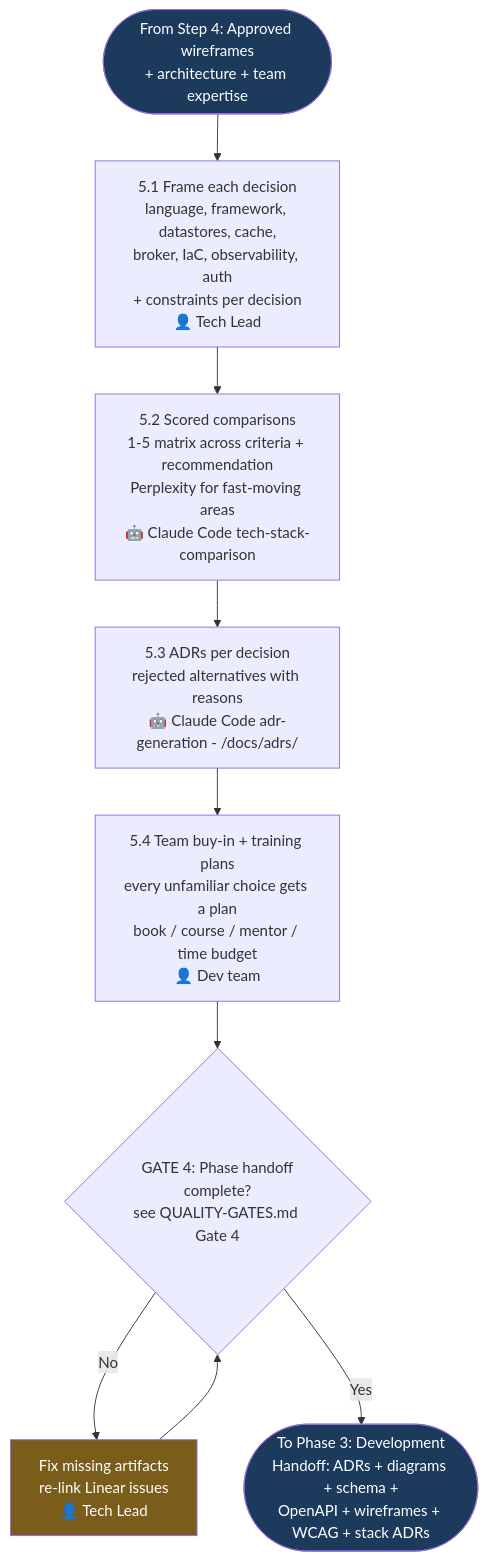
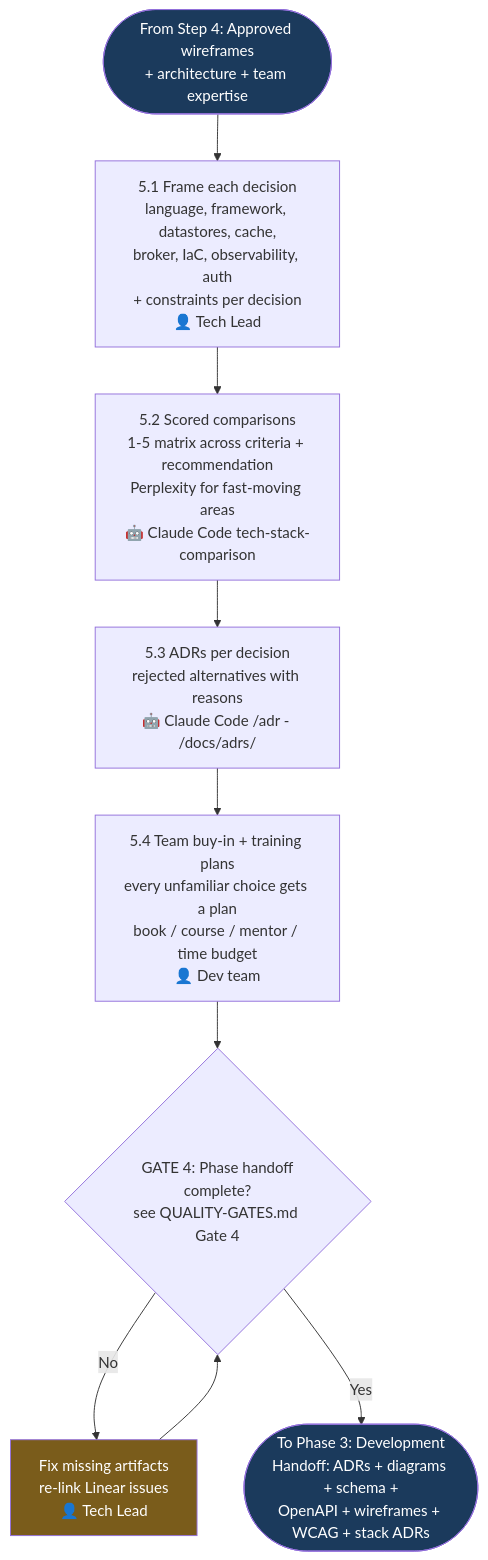
Before and after one commit to kalpat-allion/ai-dlc: the sixth of 6 diagrams in aidlc-phases/02-system-design/FLOWCHART.md, drawn with Mermaid. The commit also changed other lines of this file and 27 other files, not shown here.

First line of the commit message:
feat(phase-2): convert design prompts into seven Claude Code artifacts

````diff
--- a/aidlc-phases/02-system-design/FLOWCHART.md
+++ b/aidlc-phases/02-system-design/FLOWCHART.md
@@ -200,18 +200,18 @@
 ```mermaid
 flowchart TD
     T_IN([From Step 4: Approved wireframes<br/>+ architecture + team expertise]) --> T1
 
     T1[5.1 Frame each decision<br/>language, framework, datastores, cache,<br/>broker, IaC, observability, auth<br/>+ constraints per decision<br/>👤 Tech Lead] --> T2
     T2[5.2 Scored comparisons<br/>1-5 matrix across criteria + recommendation<br/>Perplexity for fast-moving areas<br/>🤖 Claude Code tech-stack-comparison] --> T3
-    T3[5.3 ADRs per decision<br/>rejected alternatives with reasons<br/>🤖 Claude Code adr-generation - /docs/adrs/] --> T4
+    T3[5.3 ADRs per decision<br/>rejected alternatives with reasons<br/>🤖 Claude Code /adr - /docs/adrs/] --> T4
     T4[5.4 Team buy-in + training plans<br/>every unfamiliar choice gets a plan<br/>book / course / mentor / time budget<br/>👤 Dev team] --> G4
 
     G4{GATE 4: Phase handoff<br/>complete?<br/>see QUALITY-GATES.md Gate 4}
     G4 -- No --> FIX[Fix missing artifacts<br/>re-link Linear issues<br/>👤 Tech Lead]
     FIX --> G4
     G4 -- Yes --> T_OUT([To Phase 3: Development<br/>Handoff: ADRs + diagrams + schema +<br/>OpenAPI + wireframes + WCAG + stack ADRs])
 
     style T_IN fill:#1B3A5C,color:#fff
     style T_OUT fill:#1B3A5C,color:#fff
     style FIX fill:#7A5C1B,color:#fff
 ```
````
